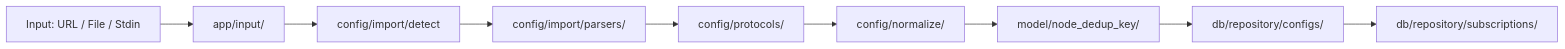
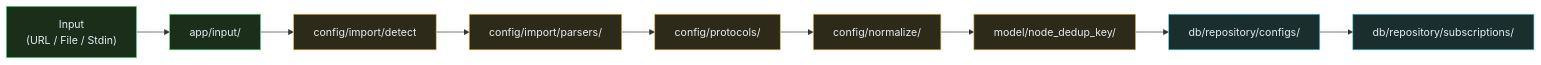
Before and after one commit to mhyrzt/xrat: the second of 6 diagrams in docs/src/06-architecture/module-structure.md, drawn with Mermaid. The commit also changed other lines of this file and 16 other files, not shown here.

````diff
--- a/docs/src/06-architecture/module-structure.md
+++ b/docs/src/06-architecture/module-structure.md
@@ -127,21 +94,18 @@
 ```mermaid
 flowchart LR
-    SRC[Input: URL / File / Stdin]
-    APP_IN[app/input/]
-    DETECT[config/import/detect]
-    PARSE_FMT[config/import/parsers/]
-    PROTO[config/protocols/]
-    NORM[config/normalize/]
-    DEDUP[model/node_dedup_key/]
-    PERSIST[db/repository/configs/]
-    SUB[db/repository/subscriptions/]
+    classDef io   fill:#1a2e1a,stroke:#5bdf8a,color:#e6edf3
+    classDef cfg  fill:#2e2a1a,stroke:#dfba5b,color:#e6edf3
+    classDef db   fill:#1a2e2e,stroke:#5bcfdf,color:#e6edf3
 
-    SRC --> APP_IN
-    APP_IN --> DETECT
-    DETECT --> PARSE_FMT
-    PARSE_FMT --> PROTO
-    PROTO --> NORM
-    NORM --> DEDUP
-    DEDUP --> PERSIST
-    PERSIST --> SUB
+    SRC["Input\n(URL / File / Stdin)"]:::io
+    APP_IN["app/input/"]:::io
+    DETECT["config/import/detect"]:::cfg
+    PARSE_FMT["config/import/parsers/"]:::cfg
+    PROTO["config/protocols/"]:::cfg
+    NORM["config/normalize/"]:::cfg
+    DEDUP["model/node_dedup_key/"]:::cfg
+    PERSIST["db/repository/configs/"]:::db
+    SUB["db/repository/subscriptions/"]:::db
+
+    SRC --> APP_IN --> DETECT --> PARSE_FMT --> PROTO --> NORM --> DEDUP --> PERSIST --> SUB
 ```
````
